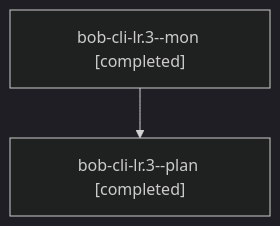
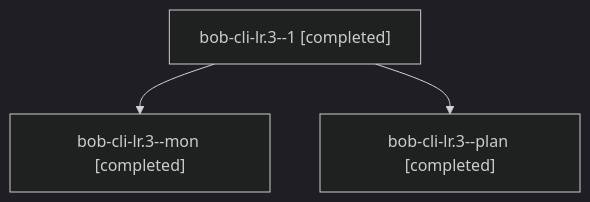
The diagram in sessions/bbugyi200.apollo.bob-cli-lr.3.md (bobs-org/bob-cli--agents), drawn with Mermaid (dark theme) before and after one commit. The commit also changed other lines of this file and 24 other files, not shown here.

````diff
--- a/sessions/bbugyi200.apollo.bob-cli-lr.3.md
+++ b/sessions/bbugyi200.apollo.bob-cli-lr.3.md
@@ -9,6 +9,8 @@
 ```mermaid
 flowchart TD
-  n0["bob-cli-lr.3--mon [completed]"]
-  n1["bob-cli-lr.3--plan [completed]"]
+  n0["bob-cli-lr.3--1 [completed]"]
+  n1["bob-cli-lr.3--mon [completed]"]
   n0 --> n1
+  n2["bob-cli-lr.3--plan [completed]"]
+  n0 --> n2
 ```
````
